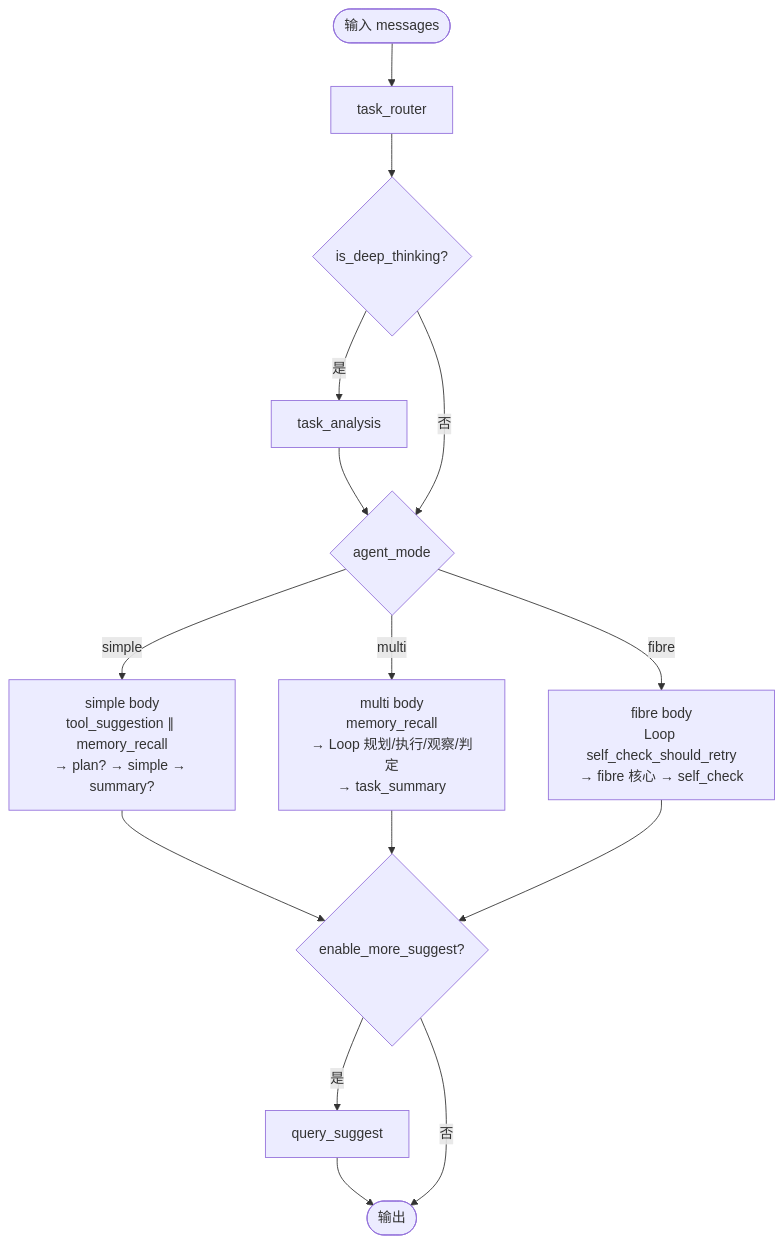
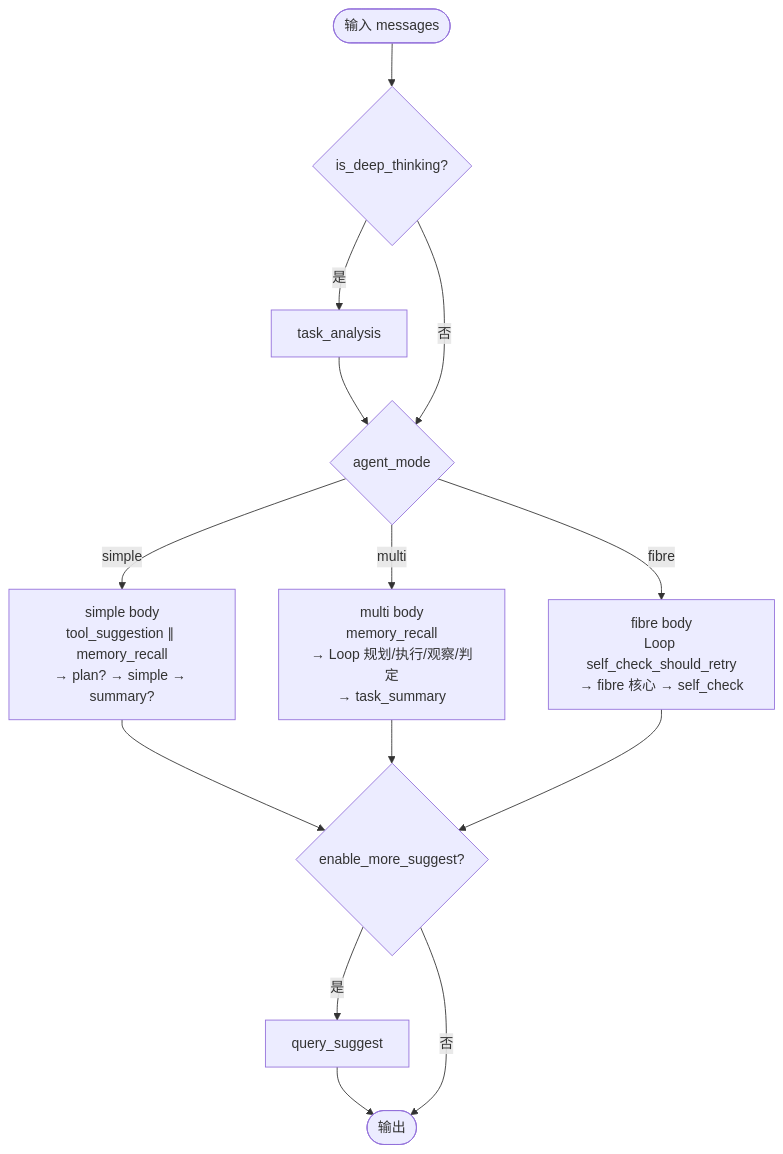
The fifth of 7 diagrams in docs/zh/architecture/ARCHITECTURE_SAGENTS_OVERVIEW.md (ZHangZHengEric/Sage), drawn with Mermaid before and after one commit. The commit also changed other lines of this file and 37 other files, not shown here.

First line of the commit message:
Remove task router; refactor plan agent; add lint tool and structured tool errors

````diff
--- a/docs/zh/architecture/ARCHITECTURE_SAGENTS_OVERVIEW.md
+++ b/docs/zh/architecture/ARCHITECTURE_SAGENTS_OVERVIEW.md
@@ -153,17 +153,16 @@
 ```mermaid
 flowchart TB
-    Start([输入 messages]) --> Router[task_router]
-    Router --> DT{is_deep_thinking?}
+    Start([输入 messages]) --> DT{is_deep_thinking?}
     DT -->|是| Analysis[task_analysis] --> Sw
     DT -->|否| Sw
     Sw{agent_mode}
     Sw -->|simple| Simple[simple body<br/>tool_suggestion ∥ memory_recall<br/>→ plan? → simple → summary?]
     Sw -->|multi| Multi[multi body<br/>memory_recall<br/>→ Loop 规划/执行/观察/判定<br/>→ task_summary]
     Sw -->|fibre| Fibre[fibre body<br/>Loop self_check_should_retry<br/>→ fibre 核心 → self_check]
     Simple --> More
     Multi --> More
     Fibre --> More
     More{enable_more_suggest?}
     More -->|是| Sug[query_suggest] --> End([输出])
     More -->|否| End
 ```
````
